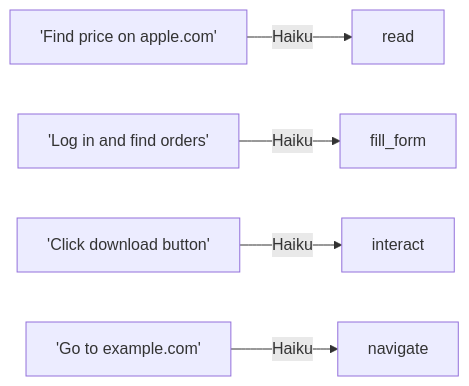
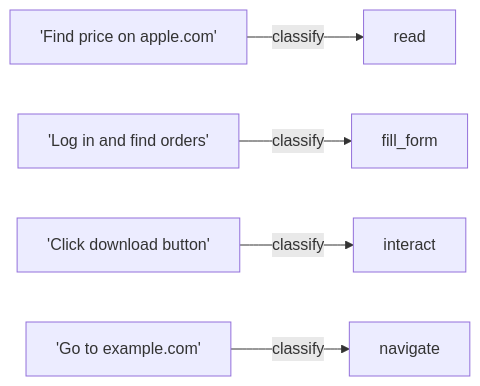
The third of 3 diagrams in README.md (AppliedLabsAI/cua), drawn with Mermaid before and after one commit. The commit also changed other lines of this file and 25 other files, not shown here.

````diff
--- a/README.md
+++ b/README.md
@@ -126,7 +126,7 @@
 ```mermaid
 graph LR
-    A["'Find price on apple.com'"] -->|Haiku| B["read"]
-    C["'Log in and find orders'"] -->|Haiku| D["fill_form"]
-    E["'Click download button'"] -->|Haiku| F["interact"]
-    G["'Go to example.com'"] -->|Haiku| H["navigate"]
+    A["'Find price on apple.com'"] -->|classify| B["read"]
+    C["'Log in and find orders'"] -->|classify| D["fill_form"]
+    E["'Click download button'"] -->|classify| F["interact"]
+    G["'Go to example.com'"] -->|classify| H["navigate"]
 ```
````
